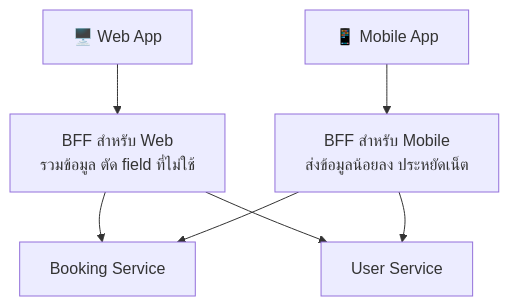
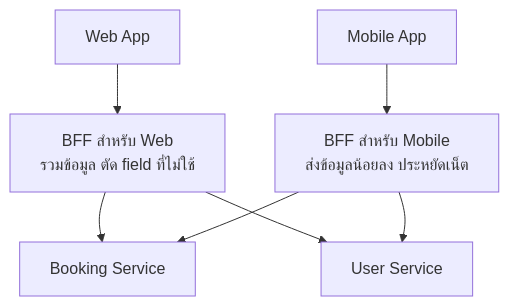
Diagram 20 of 25 in readings/04-system-architecture-design.md (CE-SDPX/SDPX-AI), drawn with Mermaid before and after one commit. The commit also changed other lines of this file and 6 other files, not shown here.

````diff
--- a/readings/04-system-architecture-design.md
+++ b/readings/04-system-architecture-design.md
@@ -590,9 +589,9 @@
 ```mermaid
 flowchart TB
-    W["🖥️ Web App"] --> BW["BFF สำหรับ Web<br/>รวมข้อมูล ตัด field ที่ไม่ใช้"]
-    M["📱 Mobile App"] --> BM["BFF สำหรับ Mobile<br/>ส่งข้อมูลน้อยลง ประหยัดเน็ต"]
+    W["Web App"] --> BW["BFF สำหรับ Web<br/>รวมข้อมูล ตัด field ที่ไม่ใช้"]
+    M["Mobile App"] --> BM["BFF สำหรับ Mobile<br/>ส่งข้อมูลน้อยลง ประหยัดเน็ต"]
     BW --> S1["Booking Service"]
     BW --> S2["User Service"]
     BM --> S1
     BM --> S2
 ```
````
